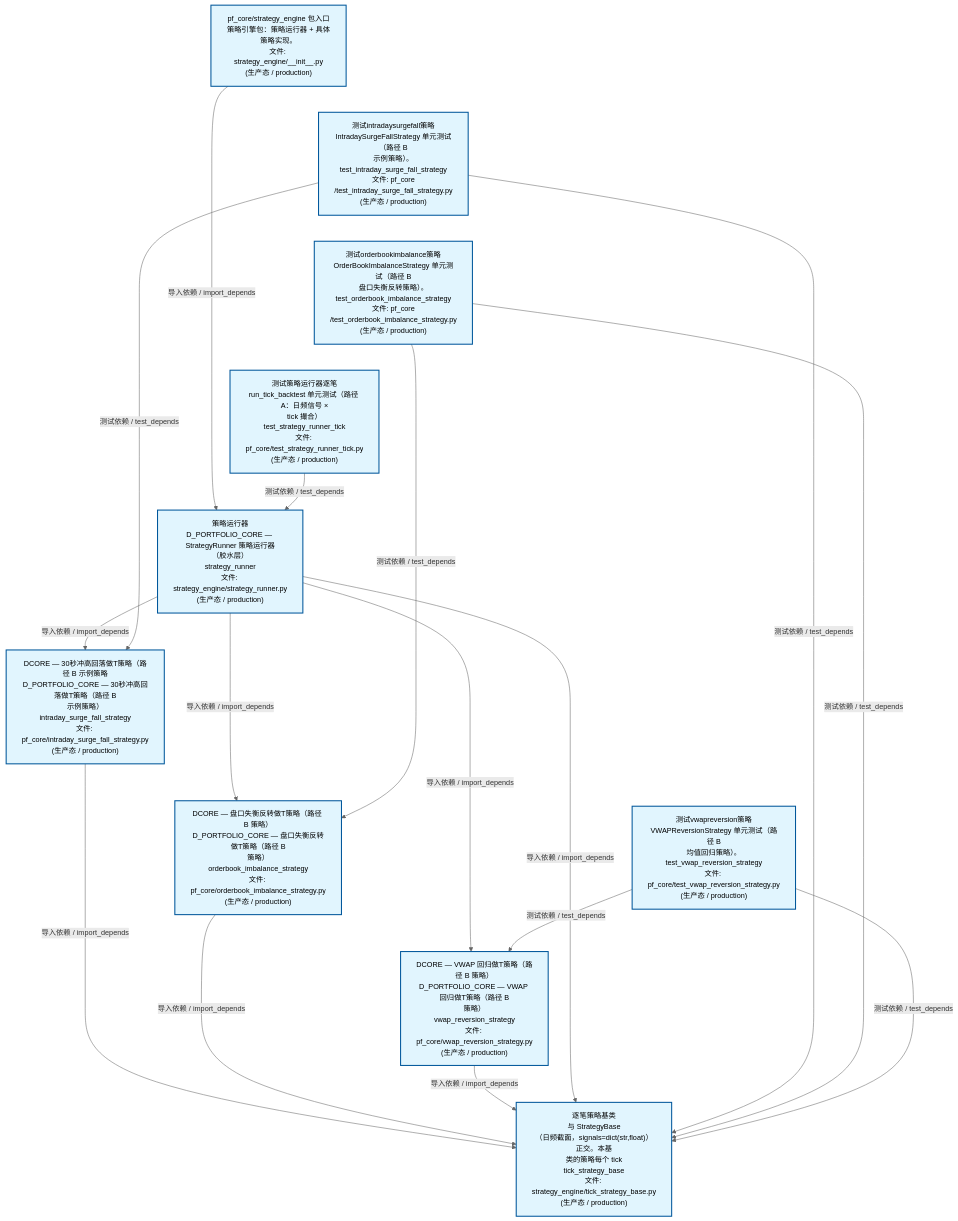
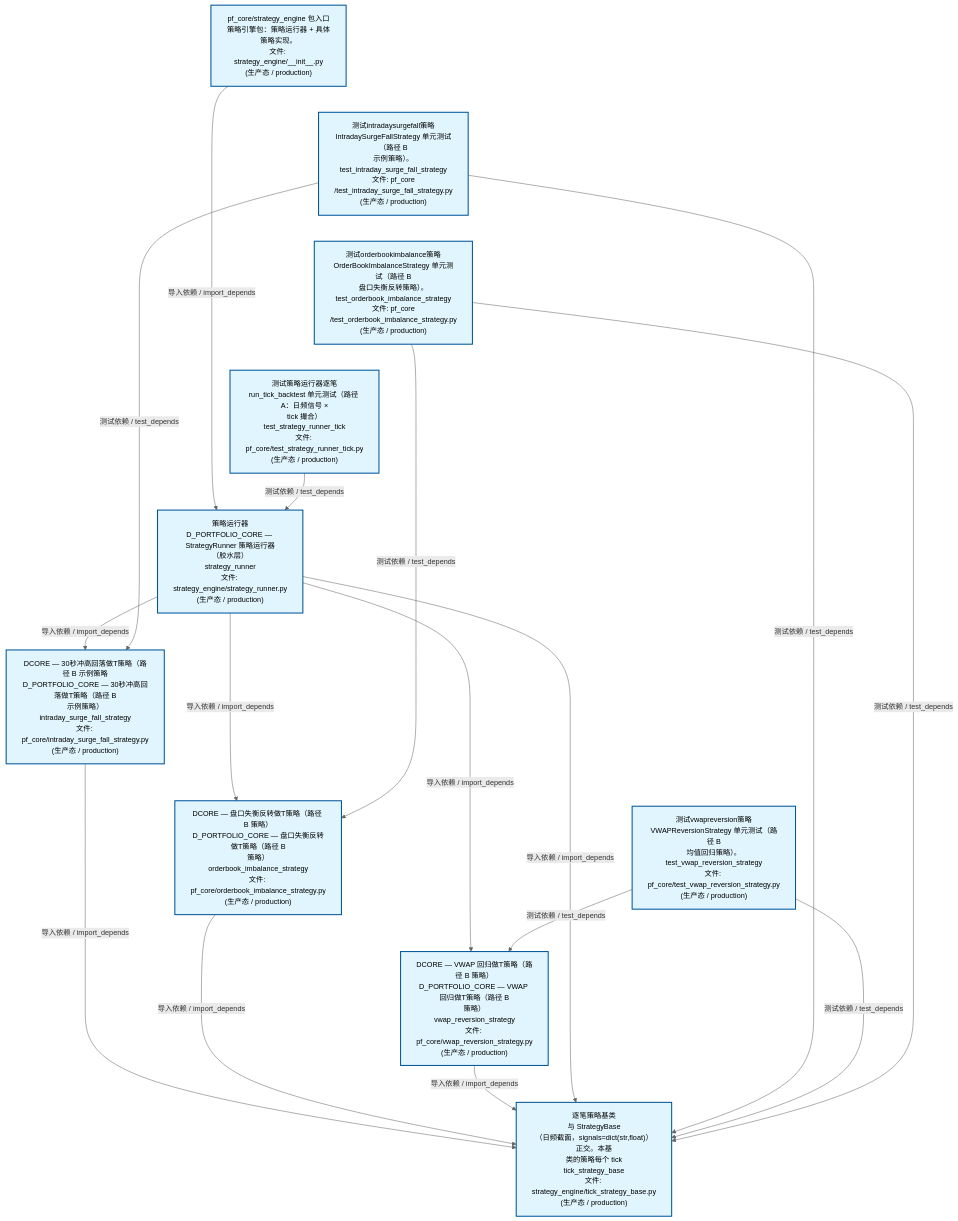
The second of 4 diagrams in docs/02_enterprise_architecture/02_domain_architecture_docs/63_d_pf_core.md (xuanFelixVan/ZephyrAlpha), drawn with Mermaid before and after one commit. The commit also changed other lines of this file and 40 other files, not shown here.

````diff
--- a/docs/02_enterprise_architecture/02_domain_architecture_docs/63_d_pf_core.md
+++ b/docs/02_enterprise_architecture/02_domain_architecture_docs/63_d_pf_core.md
@@ -134,40 +134,40 @@
 ```mermaid
 %%{init: {'theme': 'base', 'themeVariables': {'primaryColor': '#eaeaea', 'primaryTextColor': '#333333', 'primaryBorderColor': '#666666', 'lineColor': '#666666', 'secondaryColor': '#eaeaea', 'tertiaryColor': '#eaeaea', 'fontSize': '14px'}}}%%
 flowchart TD
     src_zephyr_pf_core_strategy_engine_init_py["pf_core/strategy_engine 包入口<br/>策略引擎包：策略运行器 + 具体策略实现。<br/>文件: strategy_engine/__init__.py<br/>(生产态 / production)"]
     tests_pf_core_test_intraday_surge_fall_strategy_py["测试intradaysurgefall策略<br/>IntradaySurgeFallStrategy 单元测试（路径 B<br/>示例策略）。<br/>test_intraday_surge_fall_strategy<br/>文件: pf_core<br/>/test_intraday_surge_fall_strategy.py<br/>(生产态 / production)"]
     tests_pf_core_test_orderbook_imbalance_strategy_py["测试orderbookimbalance策略<br/>OrderBookImbalanceStrategy 单元测试（路径 B<br/>盘口失衡反转策略）。<br/>test_orderbook_imbalance_strategy<br/>文件: pf_core<br/>/test_orderbook_imbalance_strategy.py<br/>(生产态 / production)"]
     tests_pf_core_test_strategy_runner_tick_py["测试策略运行器逐笔<br/>run_tick_backtest 单元测试（路径 A：日频信号 ×<br/>tick 撮合）<br/>test_strategy_runner_tick<br/>文件: pf_core/test_strategy_runner_tick.py<br/>(生产态 / production)"]
     tests_pf_core_test_vwap_reversion_strategy_py["测试vwapreversion策略<br/>VWAPReversionStrategy 单元测试（路径 B<br/>均值回归策略）。<br/>test_vwap_reversion_strategy<br/>文件: pf_core/test_vwap_reversion_strategy.py<br/>(生产态 / production)"]
     src_zephyr_pf_core_strategy_engine_init_py ~~~ tests_pf_core_test_intraday_surge_fall_strategy_py
     tests_pf_core_test_intraday_surge_fall_strategy_py ~~~ tests_pf_core_test_orderbook_imbalance_strategy_py
     tests_pf_core_test_orderbook_imbalance_strategy_py ~~~ tests_pf_core_test_strategy_runner_tick_py
     tests_pf_core_test_strategy_runner_tick_py ~~~ tests_pf_core_test_vwap_reversion_strategy_py
     src_zephyr_pf_core_strategy_engine_strategy_runner_py["策略运行器<br/>D_PORTFOLIO_CORE — StrategyRunner 策略运行器<br/>（胶水层）<br/>strategy_runner<br/>文件: strategy_engine/strategy_runner.py<br/>(生产态 / production)"]
     src_zephyr_pf_core_intraday_surge_fall_strategy_py["DCORE — 30秒冲高回落做T策略（路径 B 示例策略<br/>D_PORTFOLIO_CORE — 30秒冲高回落做T策略（路径 B<br/>示例策略）<br/>intraday_surge_fall_strategy<br/>文件: pf_core/intraday_surge_fall_strategy.py<br/>(生产态 / production)"]
     src_zephyr_pf_core_orderbook_imbalance_strategy_py["DCORE — 盘口失衡反转做T策略（路径 B 策略）<br/>D_PORTFOLIO_CORE — 盘口失衡反转做T策略（路径 B<br/>策略）<br/>orderbook_imbalance_strategy<br/>文件: pf_core/orderbook_imbalance_strategy.py<br/>(生产态 / production)"]
     src_zephyr_pf_core_vwap_reversion_strategy_py["DCORE — VWAP 回归做T策略（路径 B 策略）<br/>D_PORTFOLIO_CORE — VWAP 回归做T策略（路径 B<br/>策略）<br/>vwap_reversion_strategy<br/>文件: pf_core/vwap_reversion_strategy.py<br/>(生产态 / production)"]
     src_zephyr_pf_core_intraday_surge_fall_strategy_py ~~~ src_zephyr_pf_core_orderbook_imbalance_strategy_py
     src_zephyr_pf_core_orderbook_imbalance_strategy_py ~~~ src_zephyr_pf_core_vwap_reversion_strategy_py
     src_zephyr_pf_core_strategy_engine_tick_strategy_base_py["逐笔策略基类<br/>与 StrategyBase<br/>（日频截面，signals=dict(str,float)）正交。本基<br/>类的策略每个 tick<br/>tick_strategy_base<br/>文件: strategy_engine/tick_strategy_base.py<br/>(生产态 / production)"]
     src_zephyr_pf_core_intraday_surge_fall_strategy_py -->|导入依赖 / import_depends| src_zephyr_pf_core_strategy_engine_tick_strategy_base_py
     src_zephyr_pf_core_orderbook_imbalance_strategy_py -->|导入依赖 / import_depends| src_zephyr_pf_core_strategy_engine_tick_strategy_base_py
     src_zephyr_pf_core_vwap_reversion_strategy_py -->|导入依赖 / import_depends| src_zephyr_pf_core_strategy_engine_tick_strategy_base_py
-    src_zephyr_pf_core_strategy_engine_init_py -->|导入依赖 / import_depends| src_zephyr_pf_core_strategy_engine_strategy_runner_py
     src_zephyr_pf_core_strategy_engine_strategy_runner_py -->|导入依赖 / import_depends| src_zephyr_pf_core_intraday_surge_fall_strategy_py
     src_zephyr_pf_core_strategy_engine_strategy_runner_py -->|导入依赖 / import_depends| src_zephyr_pf_core_orderbook_imbalance_strategy_py
     src_zephyr_pf_core_strategy_engine_strategy_runner_py -->|导入依赖 / import_depends| src_zephyr_pf_core_vwap_reversion_strategy_py
     src_zephyr_pf_core_strategy_engine_strategy_runner_py -->|导入依赖 / import_depends| src_zephyr_pf_core_strategy_engine_tick_strategy_base_py
+    src_zephyr_pf_core_strategy_engine_init_py -->|导入依赖 / import_depends| src_zephyr_pf_core_strategy_engine_strategy_runner_py
     tests_pf_core_test_intraday_surge_fall_strategy_py -->|测试依赖 / test_depends| src_zephyr_pf_core_intraday_surge_fall_strategy_py
     tests_pf_core_test_intraday_surge_fall_strategy_py -->|测试依赖 / test_depends| src_zephyr_pf_core_strategy_engine_tick_strategy_base_py
-    tests_pf_core_test_orderbook_imbalance_strategy_py -->|测试依赖 / test_depends| src_zephyr_pf_core_orderbook_imbalance_strategy_py
-    tests_pf_core_test_orderbook_imbalance_strategy_py -->|测试依赖 / test_depends| src_zephyr_pf_core_strategy_engine_tick_strategy_base_py
     tests_pf_core_test_strategy_runner_tick_py -->|测试依赖 / test_depends| src_zephyr_pf_core_strategy_engine_strategy_runner_py
     tests_pf_core_test_vwap_reversion_strategy_py -->|测试依赖 / test_depends| src_zephyr_pf_core_vwap_reversion_strategy_py
     tests_pf_core_test_vwap_reversion_strategy_py -->|测试依赖 / test_depends| src_zephyr_pf_core_strategy_engine_tick_strategy_base_py
+    tests_pf_core_test_orderbook_imbalance_strategy_py -->|测试依赖 / test_depends| src_zephyr_pf_core_orderbook_imbalance_strategy_py
+    tests_pf_core_test_orderbook_imbalance_strategy_py -->|测试依赖 / test_depends| src_zephyr_pf_core_strategy_engine_tick_strategy_base_py
     classDef production fill:#e1f5fe,stroke:#01579b,stroke-width:2px,color:#000
     classDef design fill:#fff3e0,stroke:#e65100,stroke-width:2px,color:#000,stroke-dasharray: 5 5
     classDef external_prod fill:#e8f4fd,stroke:#0277bd,stroke-width:1px,color:#000
     classDef external_design fill:#fff8e7,stroke:#ef6c00,stroke-width:1px,color:#000,stroke-dasharray: 5 5
     class src_zephyr_pf_core_intraday_surge_fall_strategy_py,src_zephyr_pf_core_orderbook_imbalance_strategy_py,src_zephyr_pf_core_strategy_engine_init_py,src_zephyr_pf_core_strategy_engine_strategy_runner_py,src_zephyr_pf_core_strategy_engine_tick_strategy_base_py,src_zephyr_pf_core_vwap_reversion_strategy_py,tests_pf_core_test_intraday_surge_fall_strategy_py,tests_pf_core_test_orderbook_imbalance_strategy_py,tests_pf_core_test_strategy_runner_tick_py,tests_pf_core_test_vwap_reversion_strategy_py production
 ```
````
